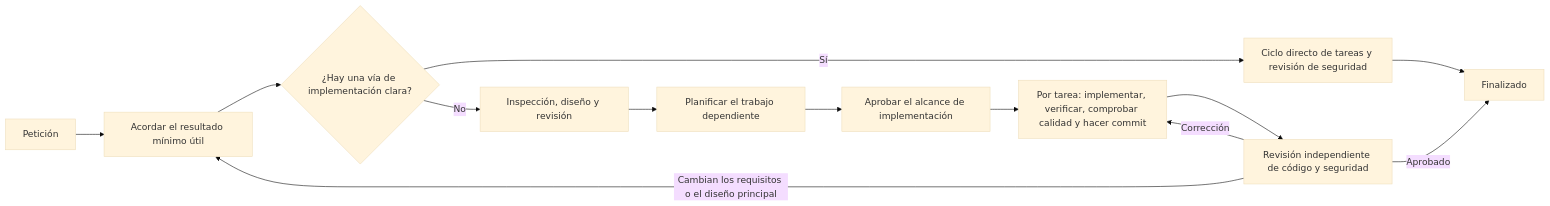
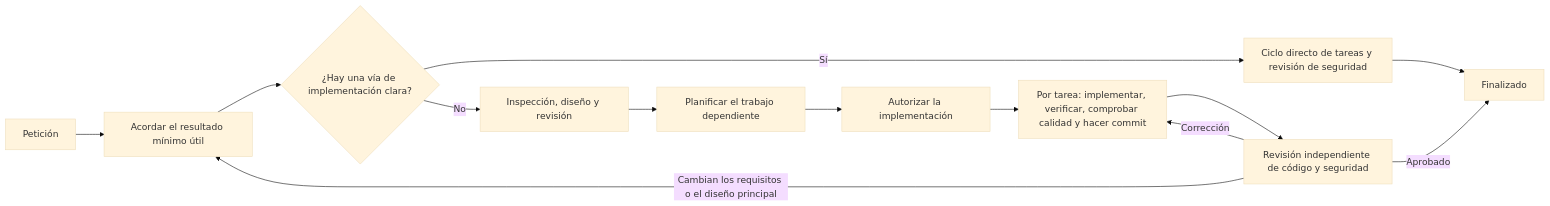
The diagram in README.es.md (shinpr/codex-workflows), drawn with Mermaid (base theme) before and after one commit. The commit also changed other lines of this file and 4 other files, not shown here.

````diff
--- a/README.es.md
+++ b/README.es.md
@@ -82,15 +82,15 @@
 ```mermaid
 flowchart LR
     A[Petición] --> B[Acordar el resultado mínimo útil]
     B --> C{¿Hay una vía de implementación clara?}
     C -->|Sí| S[Ciclo directo de tareas y revisión de seguridad]
     S --> L[Finalizado]
     C -->|No| D[Inspección, diseño y revisión]
     D --> E[Planificar el trabajo dependiente]
-    E --> F[Aprobar el alcance de implementación]
+    E --> F[Autorizar la implementación]
     F --> H[Por tarea: implementar, verificar, comprobar calidad y hacer commit]
     H --> K[Revisión independiente de código y seguridad]
     K -->|Corrección| H
     K -->|Cambian los requisitos o el diseño principal| B
     K -->|Aprobado| L[Finalizado]
 ```
````
